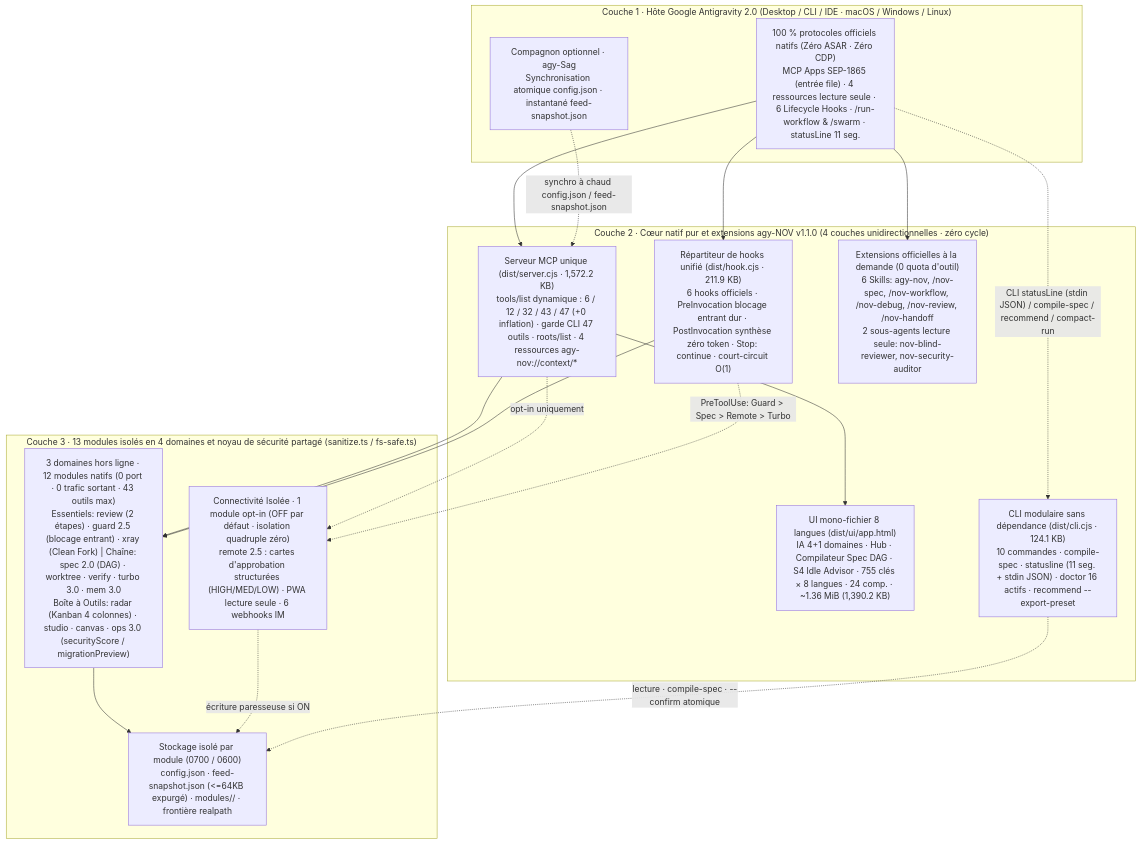
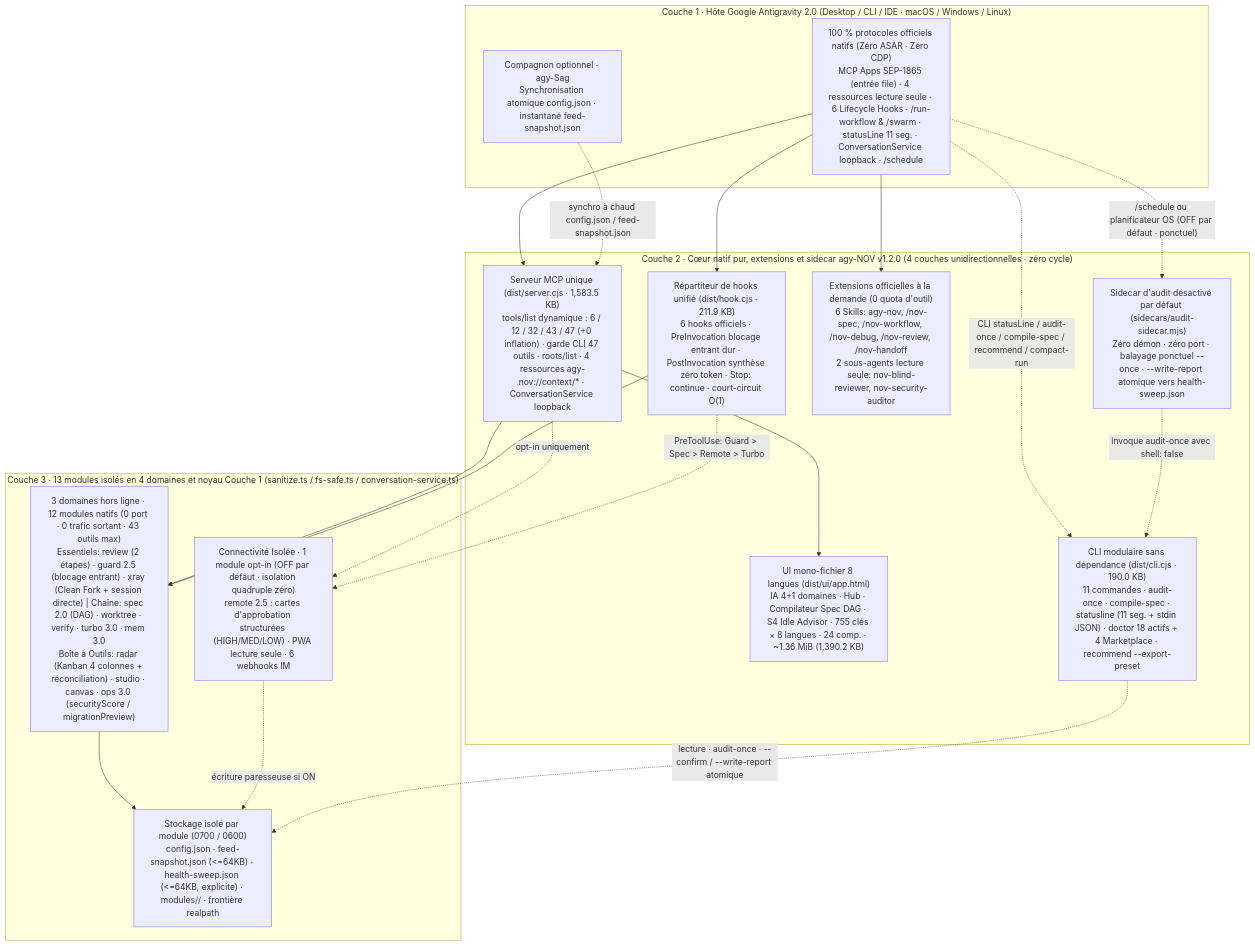
One commit to tone-leh/agy-NOV changed the diagram in docs/i18n/README.fr.md. Above: the diagram before and after it, drawn with Mermaid. The commit also changed other lines of this file and 38 other files, not shown here.

Commit message:
feat(v1.2.0): opt-in read-only audit sidecar, loopback ConversationService bridge & Marketplace readiness

````diff
--- a/docs/i18n/README.fr.md
+++ b/docs/i18n/README.fr.md
@@ -244,35 +262,38 @@
 ```mermaid
 flowchart TB
   subgraph L1["Couche 1 · Hôte Google Antigravity 2.0 (Desktop / CLI / IDE · macOS / Windows / Linux)"]
-    Host["100 % protocoles officiels natifs (Zéro ASAR · Zéro CDP)\nMCP Apps SEP-1865 (entrée file) · 4 ressources lecture seule · 6 Lifecycle Hooks · /run-workflow & /swarm · statusLine 11 seg."]
+    Host["100 % protocoles officiels natifs (Zéro ASAR · Zéro CDP)\nMCP Apps SEP-1865 (entrée file) · 4 ressources lecture seule · 6 Lifecycle Hooks · /run-workflow & /swarm · statusLine 11 seg. · ConversationService loopback · /schedule"]
     Sag["Compagnon optionnel · agy-Sag\nSynchronisation atomique config.json · instantané feed-snapshot.json"]
   end
 
-  subgraph L2["Couche 2 · Cœur natif pur et extensions agy-NOV v1.1.0 (4 couches unidirectionnelles · zéro cycle)"]
-    MCP["Serveur MCP unique (dist/server.cjs · 1,572.2 KB)\ntools/list dynamique : 6 / 12 / 32 / 43 / 47 (+0 inflation) · garde CLI 47 outils · roots/list · 4 ressources agy-nov://context/*"]
+  subgraph L2["Couche 2 · Cœur natif pur, extensions et sidecar agy-NOV v1.2.0 (4 couches unidirectionnelles · zéro cycle)"]
+    MCP["Serveur MCP unique (dist/server.cjs · 1,583.5 KB)\ntools/list dynamique : 6 / 12 / 32 / 43 / 47 (+0 inflation) · garde CLI 47 outils · roots/list · 4 ressources agy-nov://context/* · ConversationService loopback"]
     Hook["Répartiteur de hooks unifié (dist/hook.cjs · 211.9 KB)\n6 hooks officiels · PreInvocation blocage entrant dur · PostInvocation synthèse zéro token · Stop: continue · court-circuit O(1)"]
     UI["UI mono-fichier 8 langues (dist/ui/app.html)\nIA 4+1 domaines · Hub · Compilateur Spec DAG · S4 Idle Advisor · 755 clés × 8 langues · 24 comp. · ~1.36 MiB (1,390.2 KB)"]
     Ext["Extensions officielles à la demande (0 quota d'outil)\n6 Skills: agy-nov, /nov-spec, /nov-workflow, /nov-debug, /nov-review, /nov-handoff\n2 sous-agents lecture seule: nov-blind-reviewer, nov-security-auditor"]
-    CLI["CLI modulaire sans dépendance (dist/cli.cjs · 124.1 KB)\n10 commandes · compile-spec · statusline (11 seg. + stdin JSON) · doctor 16 actifs · recommend --export-preset"]
+    CLI["CLI modulaire sans dépendance (dist/cli.cjs · 190.0 KB)\n11 commandes · audit-once · compile-spec · statusline (11 seg. + stdin JSON) · doctor 18 actifs + 4 Marketplace · recommend --export-preset"]
+    Sidecar["Sidecar d'audit désactivé par défaut (sidecars/audit-sidecar.mjs)\nZéro démon · zéro port · balayage ponctuel --once · --write-report atomique vers health-sweep.json"]
   end
 
-  subgraph L3["Couche 3 · 13 modules isolés en 4 domaines et noyau de sécurité partagé (sanitize.ts / fs-safe.ts)"]
-    T1["3 domaines hors ligne · 12 modules natifs (0 port · 0 trafic sortant · 43 outils max)\nEssentiels: review (2 étapes) · guard 2.5 (blocage entrant) · xray (Clean Fork) | Chaîne: spec 2.0 (DAG) · worktree · verify · turbo 3.0 · mem 3.0\nBoîte à Outils: radar (Kanban 4 colonnes) · studio · canvas · ops 3.0 (securityScore / migrationPreview)"]
+  subgraph L3["Couche 3 · 13 modules isolés en 4 domaines et noyau Couche 1 (sanitize.ts / fs-safe.ts / conversation-service.ts)"]
+    T1["3 domaines hors ligne · 12 modules natifs (0 port · 0 trafic sortant · 43 outils max)\nEssentiels: review (2 étapes) · guard 2.5 (blocage entrant) · xray (Clean Fork + session directe) | Chaîne: spec 2.0 (DAG) · worktree · verify · turbo 3.0 · mem 3.0\nBoîte à Outils: radar (Kanban 4 colonnes + réconciliation) · studio · canvas · ops 3.0 (securityScore / migrationPreview)"]
     T2R["Connectivité Isolée · 1 module opt-in (OFF par défaut · isolation quadruple zéro)\nremote 2.5 : cartes d'approbation structurées (HIGH/MED/LOW) · PWA lecture seule · 6 webhooks IM"]
-    Store["Stockage isolé par module (0700 / 0600)\nconfig.json · feed-snapshot.json (<=64KB expurgé) · modules/<id>/ · frontière realpath"]
+    Store["Stockage isolé par module (0700 / 0600)\nconfig.json · feed-snapshot.json (<=64KB) · health-sweep.json (<=64KB, explicite) · modules/<id>/ · frontière realpath"]
   end
 
   Host --> MCP
   Host --> Hook
   Host --> Ext
-  Host -. "CLI statusLine (stdin JSON) / compile-spec / recommend / compact-run" .-> CLI
+  Host -. "CLI statusLine / audit-once / compile-spec / recommend / compact-run" .-> CLI
+  Host -. "/schedule ou planificateur OS (OFF par défaut · ponctuel)" .-> Sidecar
+  Sidecar -. "invoque audit-once avec shell: false" .-> CLI
   Sag -. "synchro à chaud config.json / feed-snapshot.json" .-> MCP
   MCP --> UI
   MCP --> T1
   MCP -. "opt-in uniquement" .-> T2R
   Hook --> T1
   Hook -. "PreToolUse: Guard > Spec > Remote > Turbo" .-> T2R
   T1 --> Store
   T2R -. "écriture paresseuse si ON" .-> Store
-  CLI -. "lecture · compile-spec · --confirm atomique" .-> Store
+  CLI -. "lecture · audit-once · --confirm / --write-report atomique" .-> Store
 ```
````
